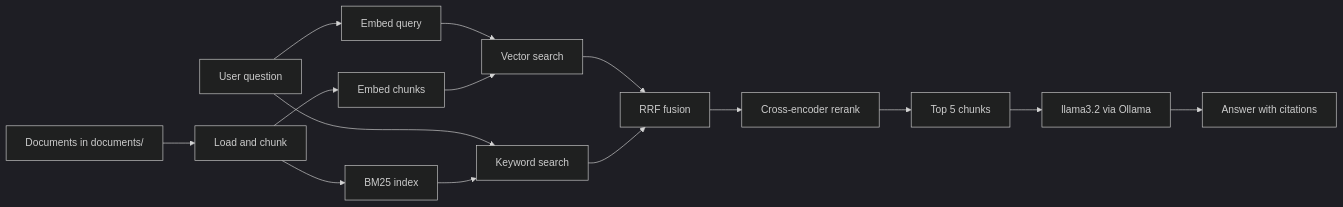
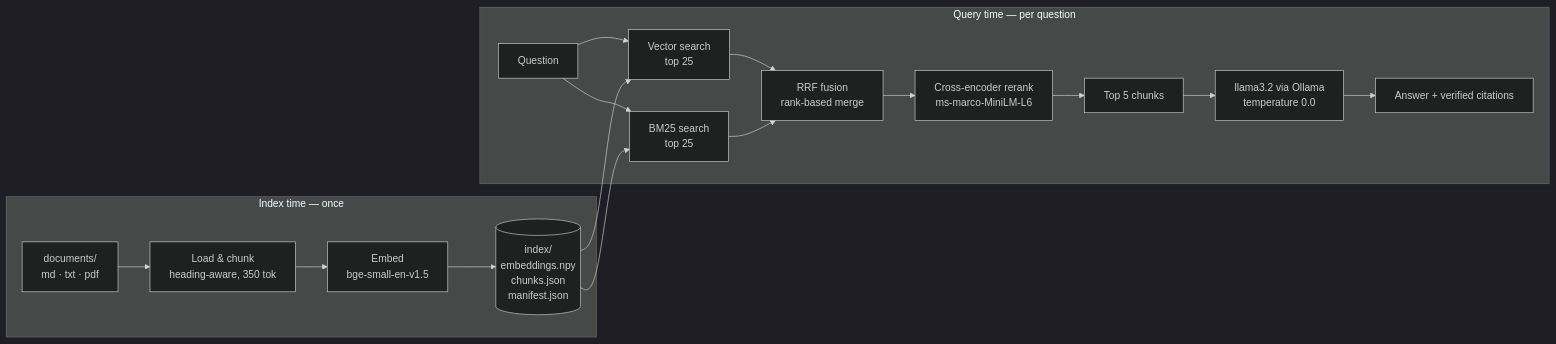
Before and after one commit to trinhdangbao2018-ux/Hybrid-RAG: the diagram in README.md, drawn with Mermaid (dark theme). The commit also changed other lines of this file, not shown here.

````diff
--- a/README.md
+++ b/README.md
@@ -20,17 +55,21 @@
 ```mermaid
 flowchart LR
-    A[Documents in documents/] --> B[Load and chunk]
-    B --> C[Embed chunks]
-    B --> D[BM25 index]
-    Q[User question] --> E[Embed query]
-    E --> F[Vector search]
-    Q --> G[Keyword search]
-    C --> F
-    D --> G
-    F --> H[RRF fusion]
-    G --> H
-    H --> I[Cross-encoder rerank]
-    I --> J[Top 5 chunks]
-    J --> K[llama3.2 via Ollama]
-    K --> L[Answer with citations]
+    subgraph Index["Index time — once"]
+        A[documents/<br/>md · txt · pdf] --> B[Load & chunk<br/>heading-aware, 350 tok]
+        B --> C[Embed<br/>bge-small-en-v1.5]
+        C --> D[(index/<br/>embeddings.npy<br/>chunks.json<br/>manifest.json)]
+    end
+
+    subgraph Query["Query time — per question"]
+        Q[Question] --> V[Vector search<br/>top 25]
+        Q --> K[BM25 search<br/>top 25]
+        D --> V
+        D --> K
+        V --> F[RRF fusion<br/>rank-based merge]
+        K --> F
+        F --> R[Cross-encoder rerank<br/>ms-marco-MiniLM-L6]
+        R --> T[Top 5 chunks]
+        T --> G[llama3.2 via Ollama<br/>temperature 0.0]
+        G --> Z[Answer + verified citations]
+    end
 ```
````
